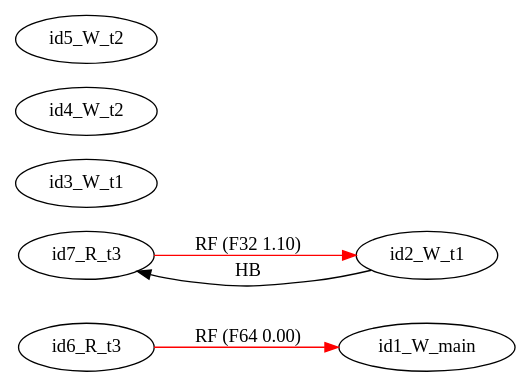
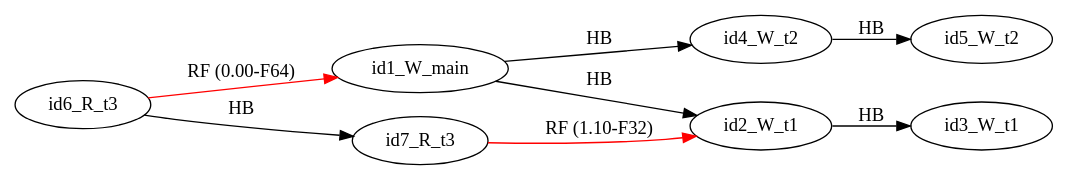
One commit to FMJS/EMME changed the diagram in examples/single_var/sv_simple12/mm3.dot. Above: the diagram before and after it, drawn with Graphviz. The commit also changed 242 other files, not shown here.

```diff
--- a/examples/single_var/sv_simple12/mm3.dot
+++ b/examples/single_var/sv_simple12/mm3.dot
@@ -1,14 +1,18 @@
 digraph memory_model {
 rankdir=LR;
 splines=true; esep=0.5;
-id6_R_t3 -> id1_W_main [label = "RF (F64 0.00)", color="red"];
-id7_R_t3 -> id2_W_t1 [label = "RF (F32 1.10)", color="red"];
-id2_W_t1 -> id7_R_t3 [label = "HB", color="black"];
+id6_R_t3 -> id1_W_main [label = "RF (0.00-F64)", color="red"];
+id7_R_t3 -> id2_W_t1 [label = "RF (1.10-F32)", color="red"];
+id2_W_t1 -> id3_W_t1 [label = "HB", color="black"];
+id4_W_t2 -> id5_W_t2 [label = "HB", color="black"];
+id6_R_t3 -> id7_R_t3 [label = "HB", color="black"];
+id1_W_main -> id2_W_t1 [label = "HB", color="black"];
+id1_W_main -> id4_W_t2 [label = "HB", color="black"];
 id1_W_main [pos="5.0,4!"]
 id2_W_t1 [pos="0,2!"]
 id3_W_t1 [pos="0,0!"]
 id4_W_t2 [pos="5,2!"]
 id5_W_t2 [pos="5,0!"]
 id6_R_t3 [pos="10,2!"]
 id7_R_t3 [pos="10,0!"]
 }
```
